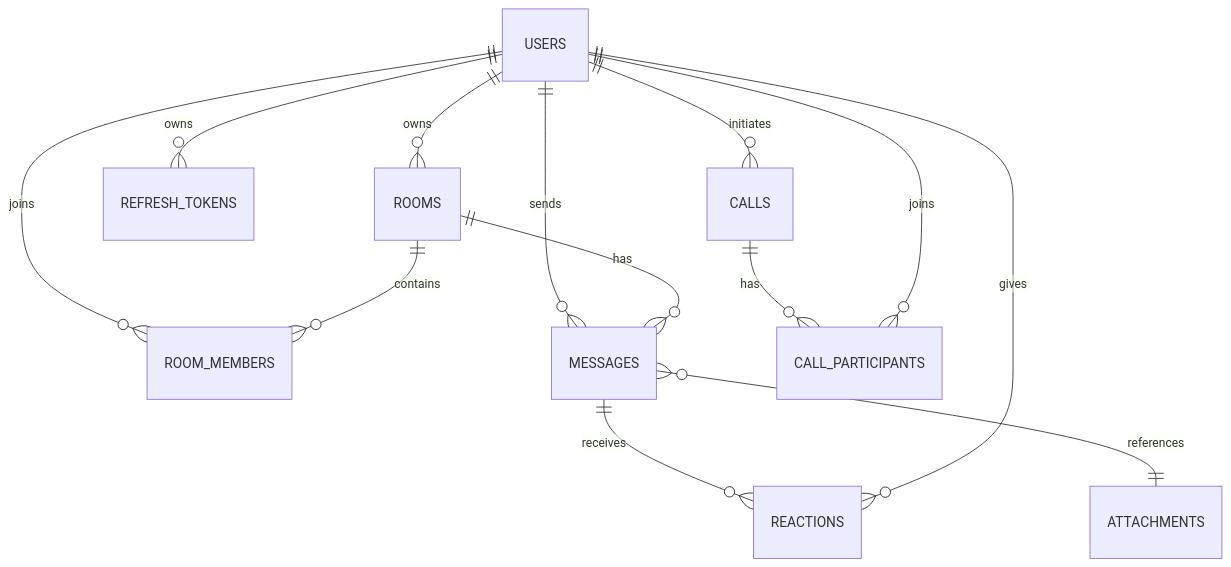
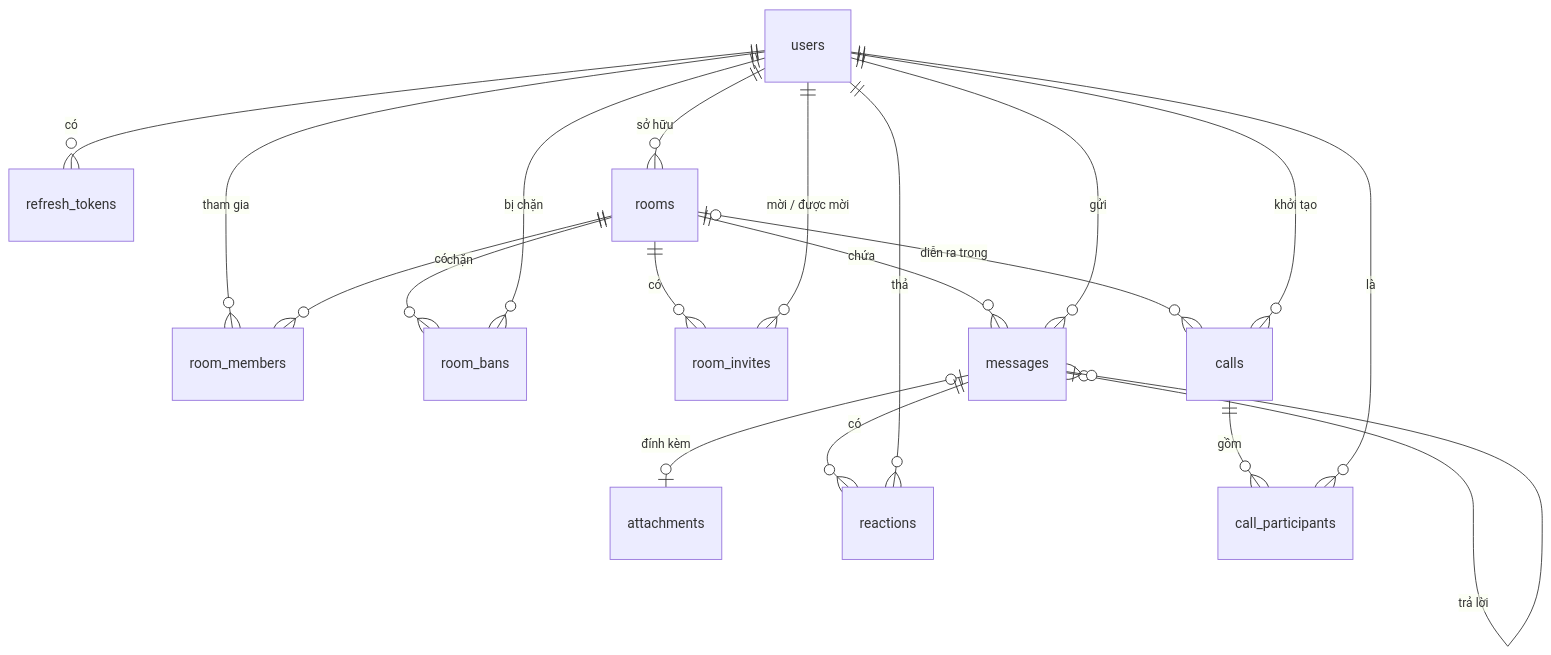
One commit to Dungx1107/team-chat changed the diagram in docs/05-database.md. Above: the diagram before and after it, drawn with Mermaid. The commit also changed other lines of this file and 16 other files, not shown here.

````diff
--- a/docs/05-database.md
+++ b/docs/05-database.md
@@ -19,15 +144,21 @@
 ```mermaid
 erDiagram
-    USERS ||--o{ ROOMS : owns
-    USERS ||--o{ ROOM_MEMBERS : joins
-    ROOMS ||--o{ ROOM_MEMBERS : contains
-    USERS ||--o{ MESSAGES : sends
-    ROOMS ||--o{ MESSAGES : has
-    MESSAGES ||--o{ REACTIONS : receives
-    USERS ||--o{ REACTIONS : gives
-    MESSAGES }o--|| ATTACHMENTS : references
-    USERS ||--o{ REFRESH_TOKENS : owns
-    USERS ||--o{ CALLS : initiates
-    CALLS ||--o{ CALL_PARTICIPANTS : has
-    USERS ||--o{ CALL_PARTICIPANTS : joins
+    users ||--o{ refresh_tokens : "có"
+    users ||--o{ rooms : "sở hữu"
+    users ||--o{ room_members : "tham gia"
+    rooms ||--o{ room_members : "có"
+    rooms ||--o{ room_bans : "chặn"
+    users ||--o{ room_bans : "bị chặn"
+    rooms ||--o{ room_invites : "có"
+    users ||--o{ room_invites : "mời / được mời"
+    rooms ||--o{ messages : "chứa"
+    users ||--o{ messages : "gửi"
+    messages |o--o| attachments : "đính kèm"
+    messages ||--o{ reactions : "có"
+    users ||--o{ reactions : "thả"
+    messages |o--o{ messages : "trả lời"
+    rooms |o--o{ calls : "diễn ra trong"
+    users ||--o{ calls : "khởi tạo"
+    calls ||--o{ call_participants : "gồm"
+    users ||--o{ call_participants : "là"
 ```
````
